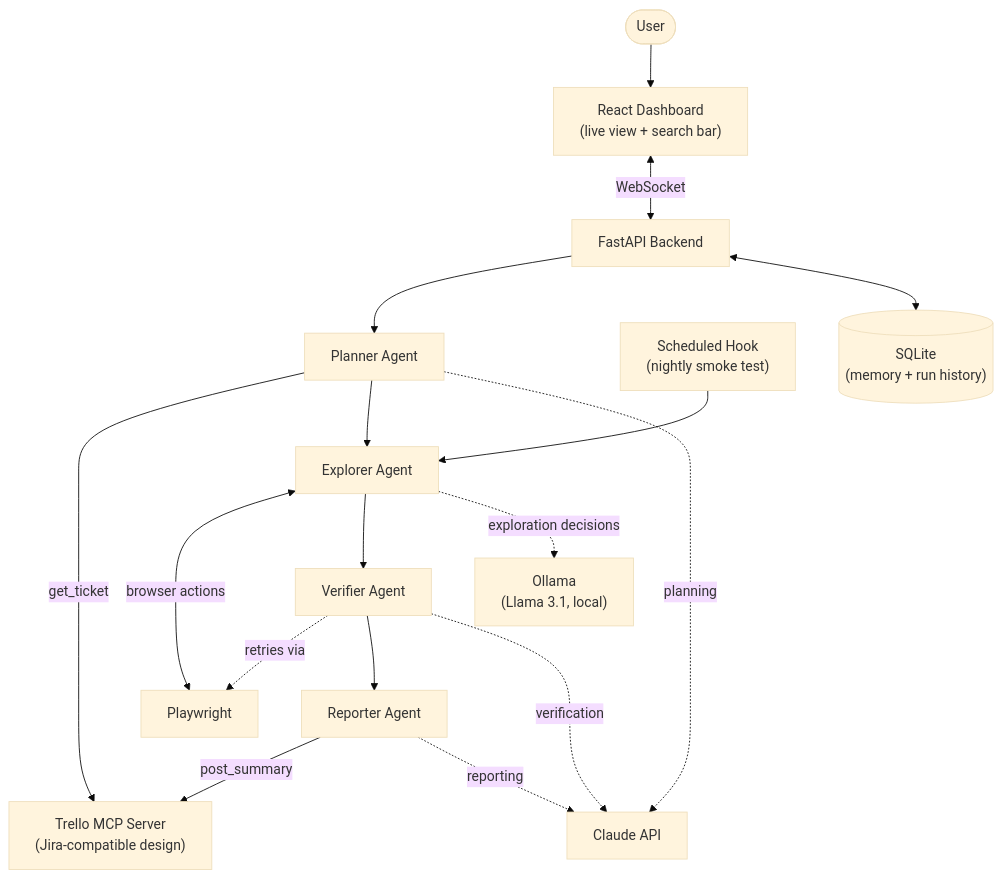
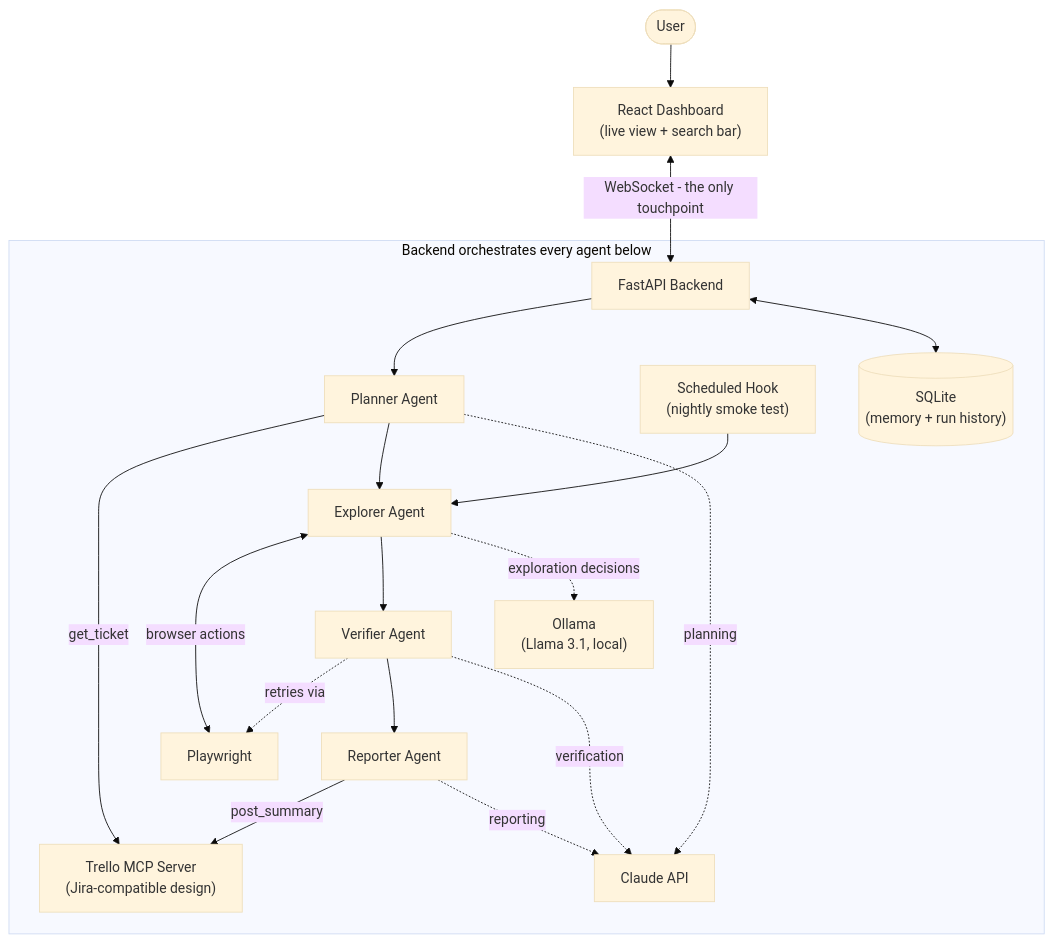
One commit to duashakeel0/Agentic-Web-QA-tester changed the diagram in README.md. Above: the diagram before and after it, drawn with Mermaid (base theme). The commit also changed other lines of this file and 10 other files, not shown here.

````diff
--- a/README.md
+++ b/README.md
@@ -9,23 +9,25 @@
 ```mermaid
 flowchart TB
     User([User]) --> Dashboard["React Dashboard\n(live view + search bar)"]
-    Dashboard <-->|WebSocket| Backend["FastAPI Backend"]
+    Dashboard <-->|WebSocket - the only touchpoint| Backend
 
-    Backend --> Planner["Planner Agent"]
-    Planner -->|get_ticket| TicketMCP["Trello MCP Server\n(Jira-compatible design)"]
-    Planner --> Explorer["Explorer Agent"]
-    Explorer <-->|browser actions| Playwright["Playwright"]
-    Explorer --> Verifier["Verifier Agent"]
-    Verifier -.->|retries via| Playwright
-    Verifier --> Reporter["Reporter Agent"]
-    Reporter -->|post_summary| TicketMCP
+    subgraph Orchestration["Backend orchestrates every agent below"]
+        Backend["FastAPI Backend"] --> Planner["Planner Agent"]
+        Planner -->|get_ticket| TicketMCP["Trello MCP Server\n(Jira-compatible design)"]
+        Planner --> Explorer["Explorer Agent"]
+        Explorer <-->|browser actions| Playwright["Playwright"]
+        Explorer --> Verifier["Verifier Agent"]
+        Verifier -.->|retries via| Playwright
+        Verifier --> Reporter["Reporter Agent"]
+        Reporter -->|post_summary| TicketMCP
 
-    Scheduler["Scheduled Hook\n(nightly smoke test)"] --> Explorer
+        Scheduler["Scheduled Hook\n(nightly smoke test)"] --> Explorer
 
-    Planner -.->|planning| Claude["Claude API"]
-    Verifier -.->|verification| Claude
-    Reporter -.->|reporting| Claude
-    Explorer -.->|exploration decisions| Ollama["Ollama\n(Llama 3.1, local)"]
+        Planner -.->|planning| Claude["Claude API"]
+        Verifier -.->|verification| Claude
+        Reporter -.->|reporting| Claude
+        Explorer -.->|exploration decisions| Ollama["Ollama\n(Llama 3.1, local)"]
 
-    Backend <--> DB[("SQLite\n(memory + run history)")]
+        Backend <--> DB[("SQLite\n(memory + run history)")]
+    end
 ```
````
